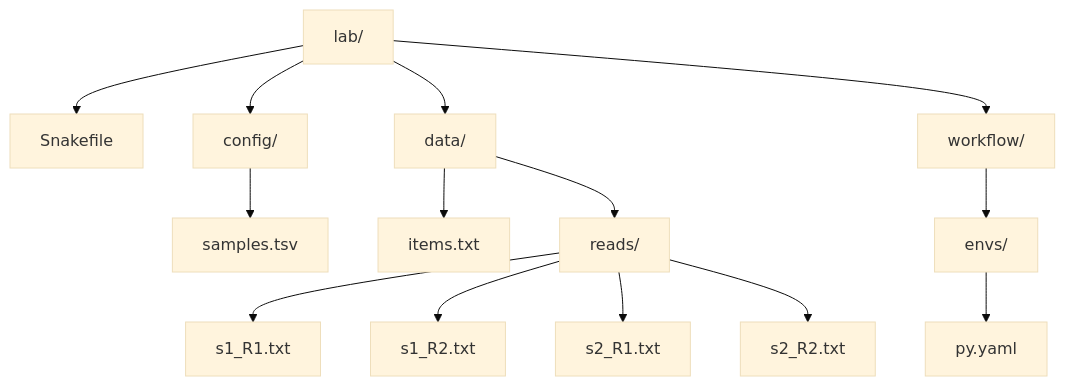
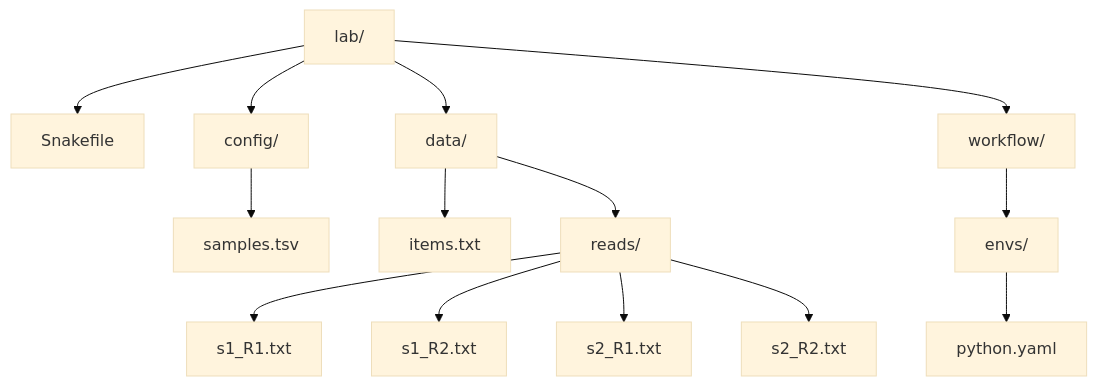
The fourth of 4 diagrams in programs/reproducible-research/deep-dive-snakemake/course-book/module-02-dynamic-dags-discovery-integrity/index.md (bijux/bijux-masterclass), drawn with Mermaid (base theme) before and after one commit. The commit also changed other lines of this file, not shown here.

````diff
--- a/programs/reproducible-research/deep-dive-snakemake/course-book/module-02-dynamic-dags-discovery-integrity/index.md
+++ b/programs/reproducible-research/deep-dive-snakemake/course-book/module-02-dynamic-dags-discovery-integrity/index.md
@@ -707,17 +709,17 @@
 ```mermaid
 graph TD
   lab["lab/"]
   lab --> snakefile["Snakefile"]
   lab --> config["config/"]
   lab --> data["data/"]
   lab --> workflow["workflow/"]
   config --> samples["samples.tsv"]
   data --> items["items.txt"]
   data --> reads["reads/"]
   reads --> s1r1["s1_R1.txt"]
   reads --> s1r2["s1_R2.txt"]
   reads --> s2r1["s2_R1.txt"]
   reads --> s2r2["s2_R2.txt"]
   workflow --> envs["envs/"]
-  envs --> py["py.yaml"]
+  envs --> py["python.yaml"]
 ```
````
